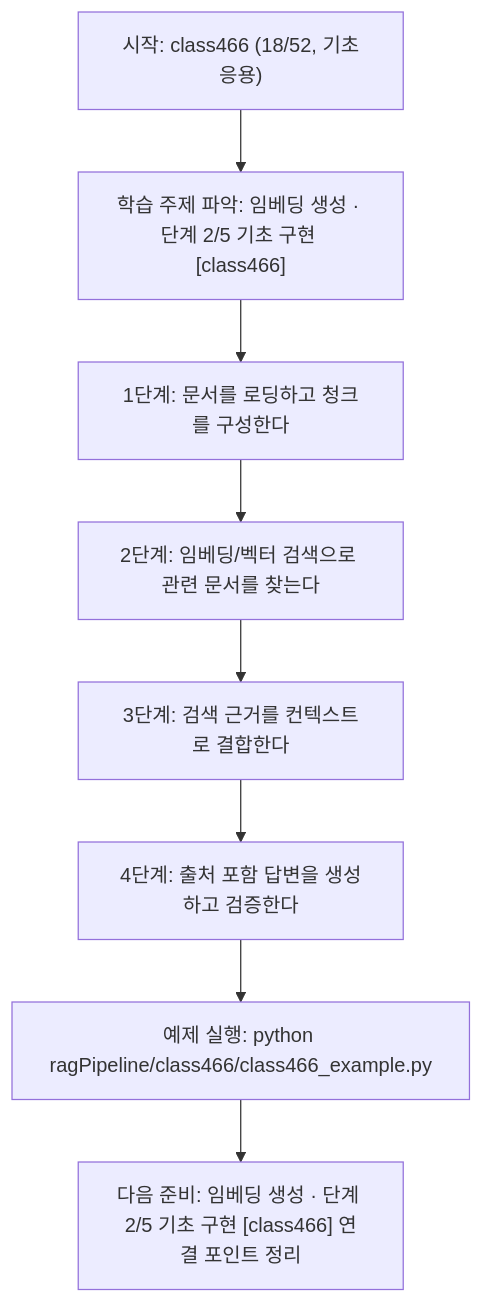
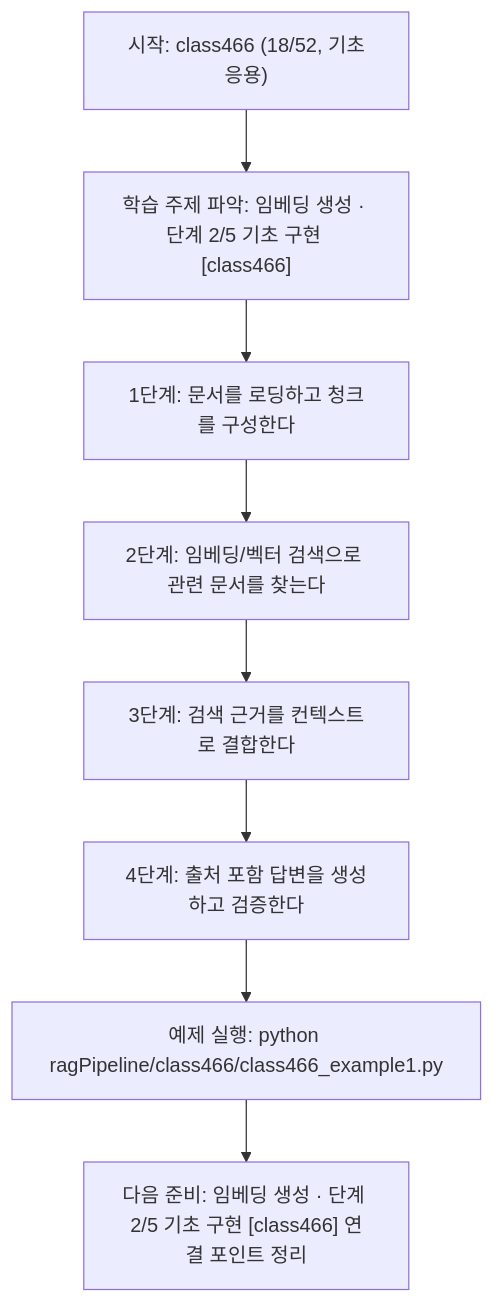
Before and after one commit to edumgt/Python-AI_Agent-Class: the diagram in ragPipeline/class466/class466.md, drawn with Mermaid. The commit also changed other lines of this file and 2959 other files, not shown here.

````diff
--- a/ragPipeline/class466/class466.md
+++ b/ragPipeline/class466/class466.md
@@ -110,18 +110,18 @@
 ```mermaid
 flowchart TD
 N1["시작: class466 (18/52, 기초응용)"]
 N2["학습 주제 파악: 임베딩 생성 · 단계 2/5 기초 구현 [class466]"]
 N3["1단계: 문서를 로딩하고 청크를 구성한다"]
 N4["2단계: 임베딩/벡터 검색으로 관련 문서를 찾는다"]
 N5["3단계: 검색 근거를 컨텍스트로 결합한다"]
 N6["4단계: 출처 포함 답변을 생성하고 검증한다"]
-N7["예제 실행: python ragPipeline/class466/class466_example.py"]
+N7["예제 실행: python ragPipeline/class466/class466_example1.py"]
 N8["다음 준비: 임베딩 생성 · 단계 2/5 기초 구현 [class466] 연결 포인트 정리"]
 N1 --> N2
 N2 --> N3
 N3 --> N4
 N4 --> N5
 N5 --> N6
 N6 --> N7
 N7 --> N8
 ```
````
